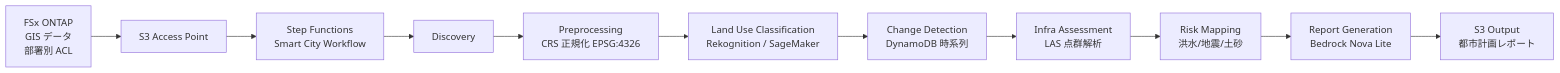
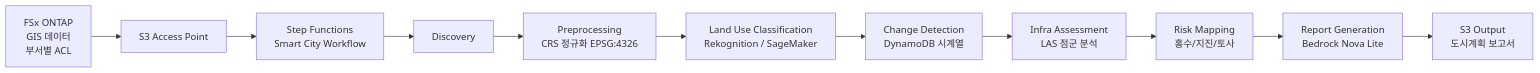
One commit to Yoshiki0705/FSx-for-ONTAP-S3AccessPoints-Serverless-Patterns changed the diagram in smart-city-geospatial/docs/architecture.ko.md. Above: the diagram before and after it, drawn with Mermaid. The commit also changed other lines of this file and 13 other files, not shown here.

````diff
--- a/smart-city-geospatial/docs/architecture.ko.md
+++ b/smart-city-geospatial/docs/architecture.ko.md
@@ -15,13 +15,13 @@
 ```mermaid
 graph LR
-    FSx[FSx ONTAP<br/>GIS データ<br/>部署別 ACL] --> S3AP[S3 Access Point]
+    FSx[FSx ONTAP<br/>GIS 데이터<br/>부서별 ACL] --> S3AP[S3 Access Point]
     S3AP --> SFN[Step Functions<br/>Smart City Workflow]
     SFN --> L1[Discovery]
-    L1 --> L2[Preprocessing<br/>CRS 正規化 EPSG:4326]
+    L1 --> L2[Preprocessing<br/>CRS 정규화 EPSG:4326]
     L2 --> L3[Land Use Classification<br/>Rekognition / SageMaker]
-    L3 --> L4[Change Detection<br/>DynamoDB 時系列]
-    L4 --> L5[Infra Assessment<br/>LAS 点群解析]
-    L5 --> L6[Risk Mapping<br/>洪水/地震/土砂]
+    L3 --> L4[Change Detection<br/>DynamoDB 시계열]
+    L4 --> L5[Infra Assessment<br/>LAS 점군 분석]
+    L5 --> L6[Risk Mapping<br/>홍수/지진/토사]
     L6 --> L7[Report Generation<br/>Bedrock Nova Lite]
-    L7 --> S3O[S3 Output<br/>都市計画レポート]
+    L7 --> S3O[S3 Output<br/>도시계획 보고서]
 ```
````
